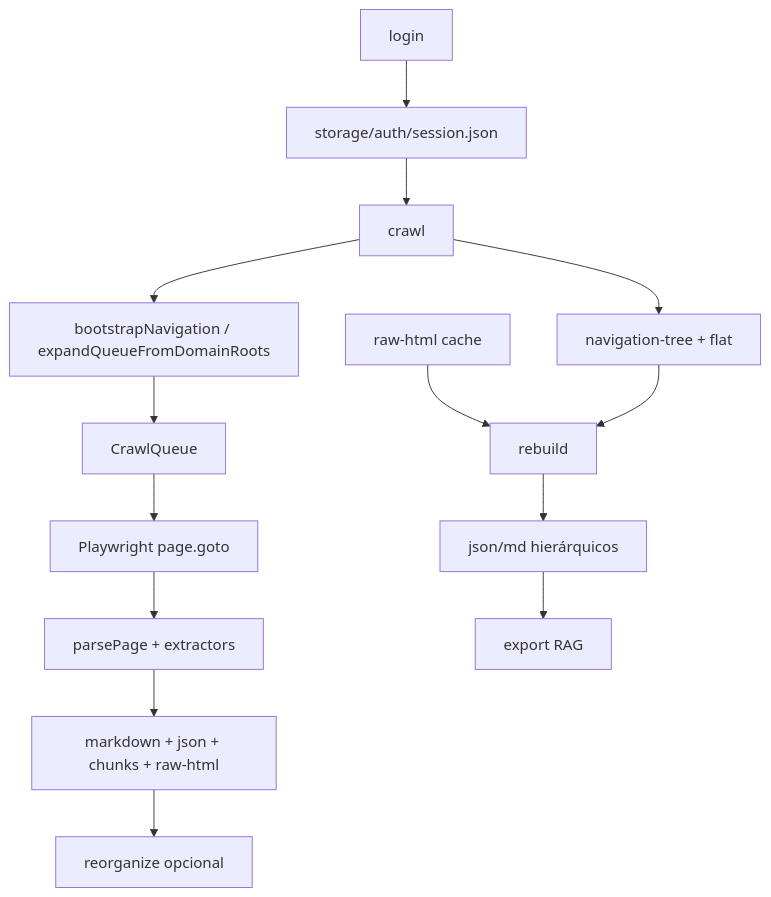
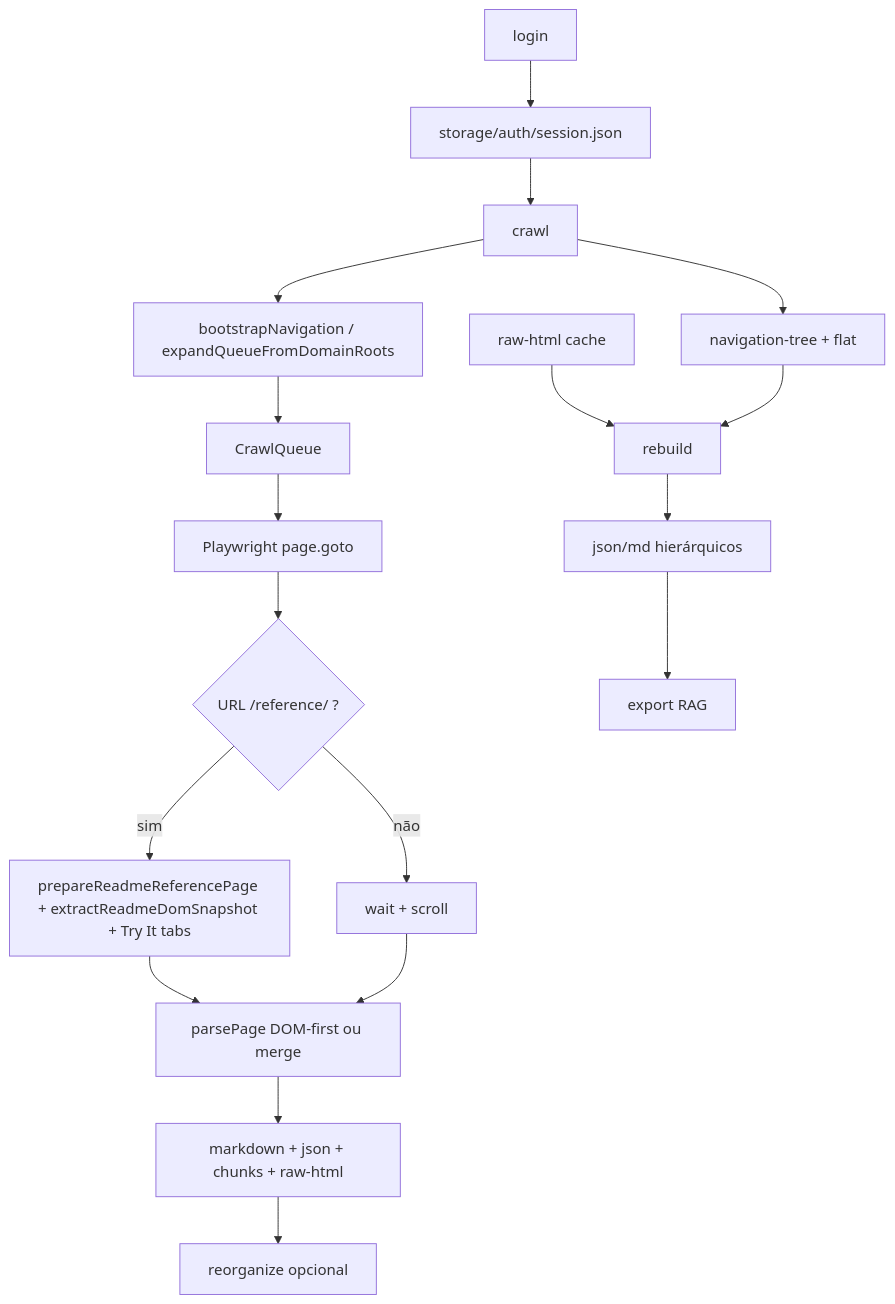
The diagram in docs/ARCHITECTURE.md (WendeelMarinho/api-crawler), drawn with Mermaid before and after one commit. The commit also changed other lines of this file and 40 other files, not shown here.

First line of the commit message:
feat: DOM-first ReadMe extraction, quality signals, and docs

````diff
--- a/docs/ARCHITECTURE.md
+++ b/docs/ARCHITECTURE.md
@@ -5,16 +5,20 @@
 ```mermaid
 flowchart TD
   login[login] --> session[storage/auth/session.json]
   session --> crawl[crawl]
   crawl --> bootstrap[bootstrapNavigation / expandQueueFromDomainRoots]
   bootstrap --> queue[CrawlQueue]
   queue --> page[Playwright page.goto]
-  page --> parse[parsePage + extractors]
+  page --> domBranch{URL /reference/ ?}
+  domBranch -->|sim| domFirst[prepareReadmeReferencePage + extractReadmeDomSnapshot + Try It tabs]
+  domBranch -->|não| cheerioPath[wait + scroll]
+  domFirst --> parse[parsePage DOM-first ou merge]
+  cheerioPath --> parse
   parse --> out[markdown + json + chunks + raw-html]
   crawl --> navOut[navigation-tree + flat]
   out --> reorganize[reorganize opcional]
   raw[raw-html cache] --> rebuild[rebuild]
   navOut --> rebuild
   rebuild --> out2[json/md hierárquicos]
   out2 --> export[export RAG]
 ```
````
